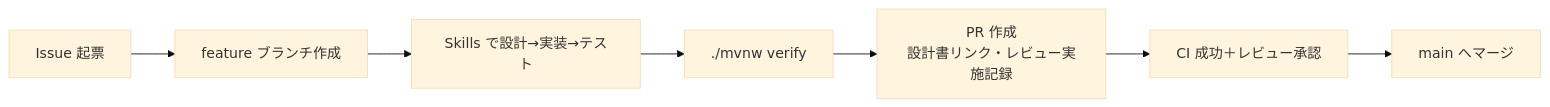
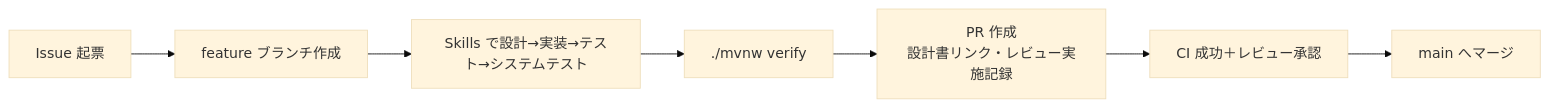
One commit to nagashima-toru/spring-batch-ai-coding-samples changed the second of 2 diagrams in docs/development-guide.md. Above: the diagram before and after it, drawn with Mermaid (base theme). The commit also changed other lines of this file and 3 other files, not shown here.

````diff
--- a/docs/development-guide.md
+++ b/docs/development-guide.md
@@ -113,9 +124,9 @@
 ```mermaid
 flowchart LR
     A[Issue 起票] --> B[feature ブランチ作成]
-    B --> C[Skills で設計→実装→テスト]
+    B --> C[Skills で設計→実装→テスト→システムテスト]
     C --> D[./mvnw verify]
     D --> E[PR 作成<br>設計書リンク・レビュー実施記録]
     E --> F[CI 成功＋レビュー承認]
     F --> G[main へマージ]
 ```
````
